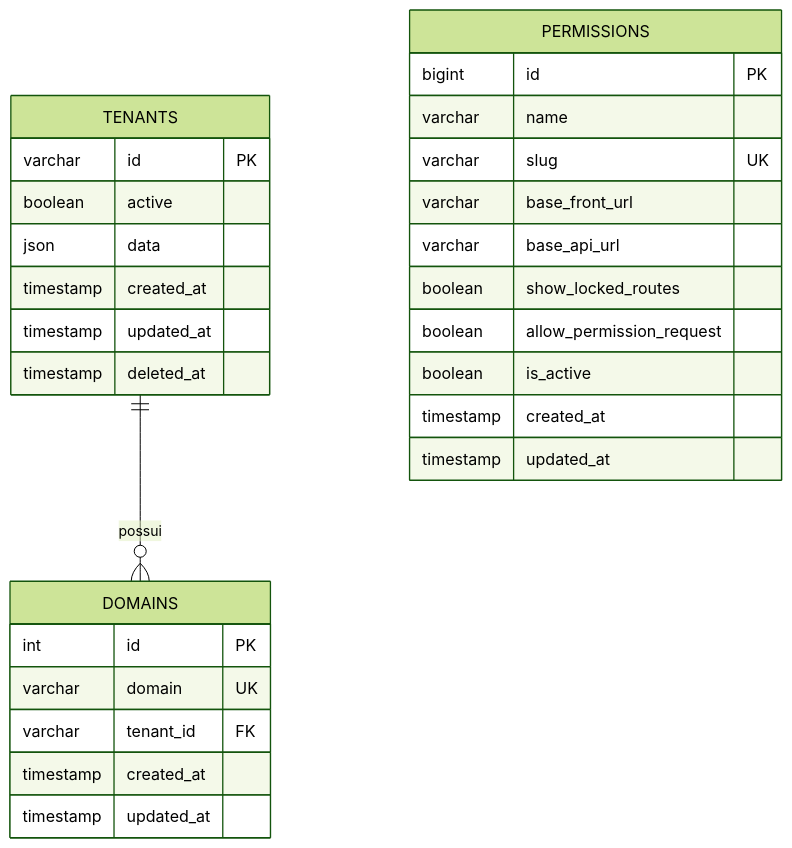
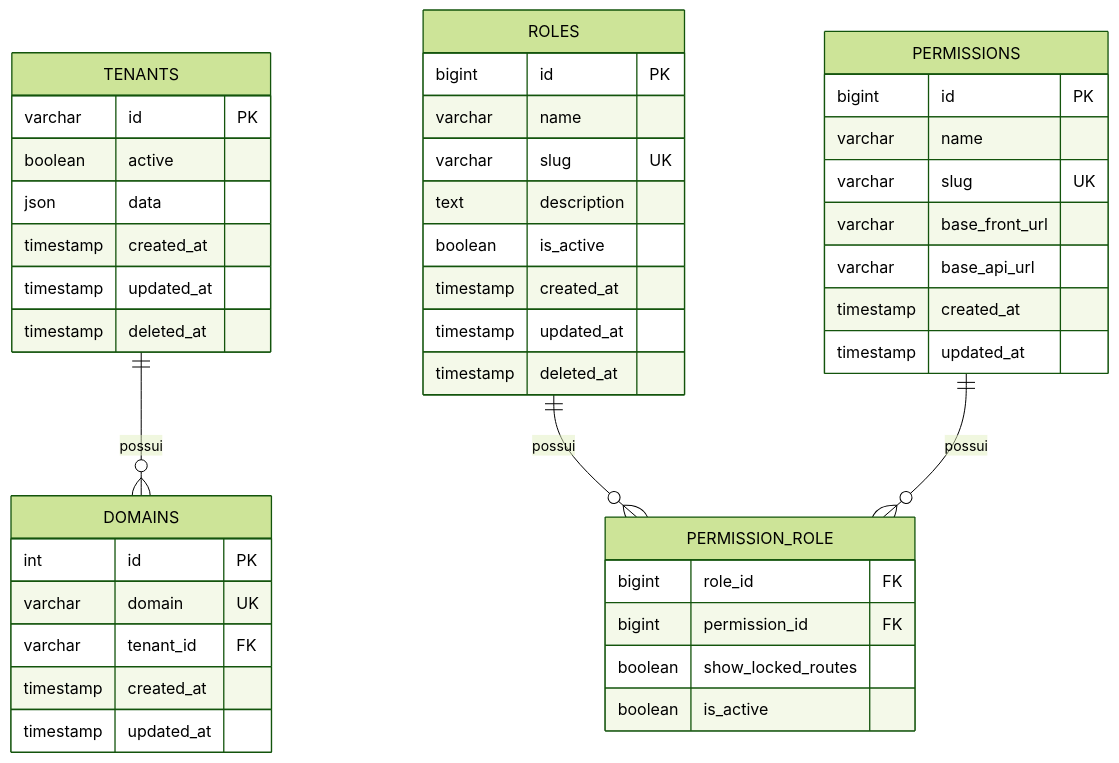
The first of 2 diagrams in docs/database-erd.md (henryvitoreti/mini-saas), drawn with Mermaid (forest theme) before and after one commit. The commit also changed other lines of this file and 3 other files, not shown here.

````diff
--- a/docs/database-erd.md
+++ b/docs/database-erd.md
@@ -10,34 +10,51 @@
 ```mermaid
 erDiagram
     TENANTS {
         varchar id PK
         boolean active
         json data
         timestamp created_at
         timestamp updated_at
         timestamp deleted_at
     }
 
     DOMAINS {
         int id PK
         varchar domain UK
         varchar tenant_id FK
         timestamp created_at
         timestamp updated_at
     }
 
     PERMISSIONS {
         bigint id PK
         varchar name
         varchar slug UK
         varchar base_front_url
         varchar base_api_url
-        boolean show_locked_routes
-        boolean allow_permission_request
+        timestamp created_at
+        timestamp updated_at
+    }
+    
+    ROLES {
+        bigint id PK
+        varchar name
+        varchar slug UK
+        text description
         boolean is_active
         timestamp created_at
         timestamp updated_at
+        timestamp deleted_at
+    }
+
+    PERMISSION_ROLE {
+        bigint role_id FK
+        bigint permission_id FK
+        boolean show_locked_routes
+        boolean is_active
     }
 
     TENANTS ||--o{ DOMAINS : "possui"
+    ROLES ||--o{ PERMISSION_ROLE : "possui"
+    PERMISSIONS ||--o{ PERMISSION_ROLE : "possui"
 ```
````
